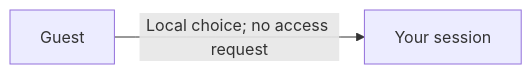
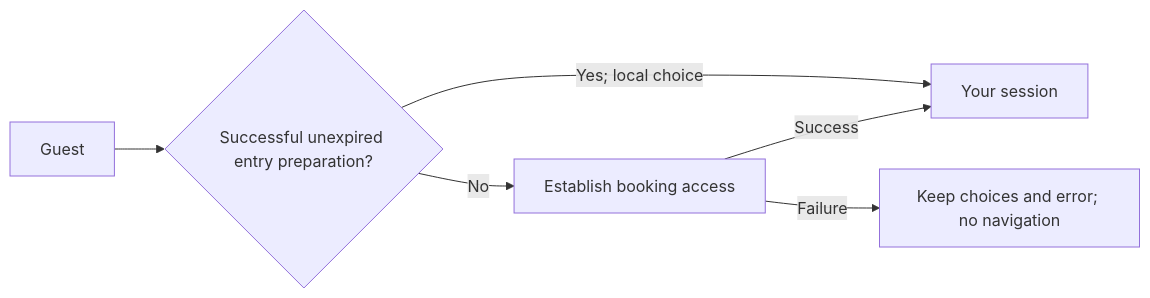
The first of 19 diagrams in docs/booking-flows.md (soccerbotstudiosg/soccerbotstudioSG), drawn with Mermaid before and after one commit. The commit also changed other lines of this file and 39 other files, not shown here.

First line of the commit message:
Fix booking expiry recovery and consolidate booking layout and navigation (#100)

````diff
--- a/docs/booking-flows.md
+++ b/docs/booking-flows.md
@@ -32,4 +36,8 @@
 ```mermaid
 flowchart LR
-  A["Guest"] -->|Local choice; no access request| C["Your session"]
+  A["Guest"] --> B{"Successful unexpired entry preparation?"}
+  B -->|Yes; local choice| C["Your session"]
+  B -->|No| D["Establish booking access"]
+  D -->|Success| C
+  D -->|Failure| E["Keep choices and error; no navigation"]
 ```
````
